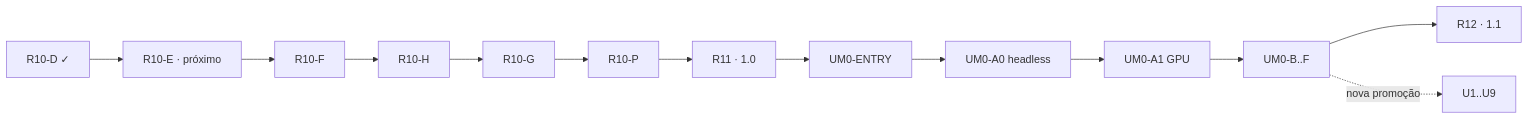
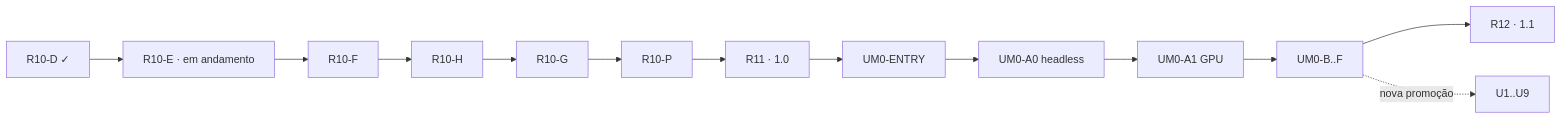
The diagram in docs/planning/ROADMAP.md (blightghp/blightghp), drawn with Mermaid before and after one commit. The commit also changed other lines of this file and 17 other files, not shown here.

````diff
--- a/docs/planning/ROADMAP.md
+++ b/docs/planning/ROADMAP.md
@@ -71,8 +71,8 @@
 ```mermaid
 flowchart LR
-    D["R10-D ✓"] --> E["R10-E · próximo"] --> F["R10-F"] --> H["R10-H"]
+    D["R10-D ✓"] --> E["R10-E · em andamento"] --> F["R10-F"] --> H["R10-H"]
     H --> G["R10-G"] --> P["R10-P"] --> R11["R11 · 1.0"]
     R11 --> ENTRY["UM0-ENTRY"] --> A0["UM0-A0 headless"] --> A1["UM0-A1 GPU"]
     A1 --> UM0["UM0-B..F"] --> R12["R12 · 1.1"]
     UM0 -. "nova promoção" .-> UH["U1..U9"]
 ```
````
